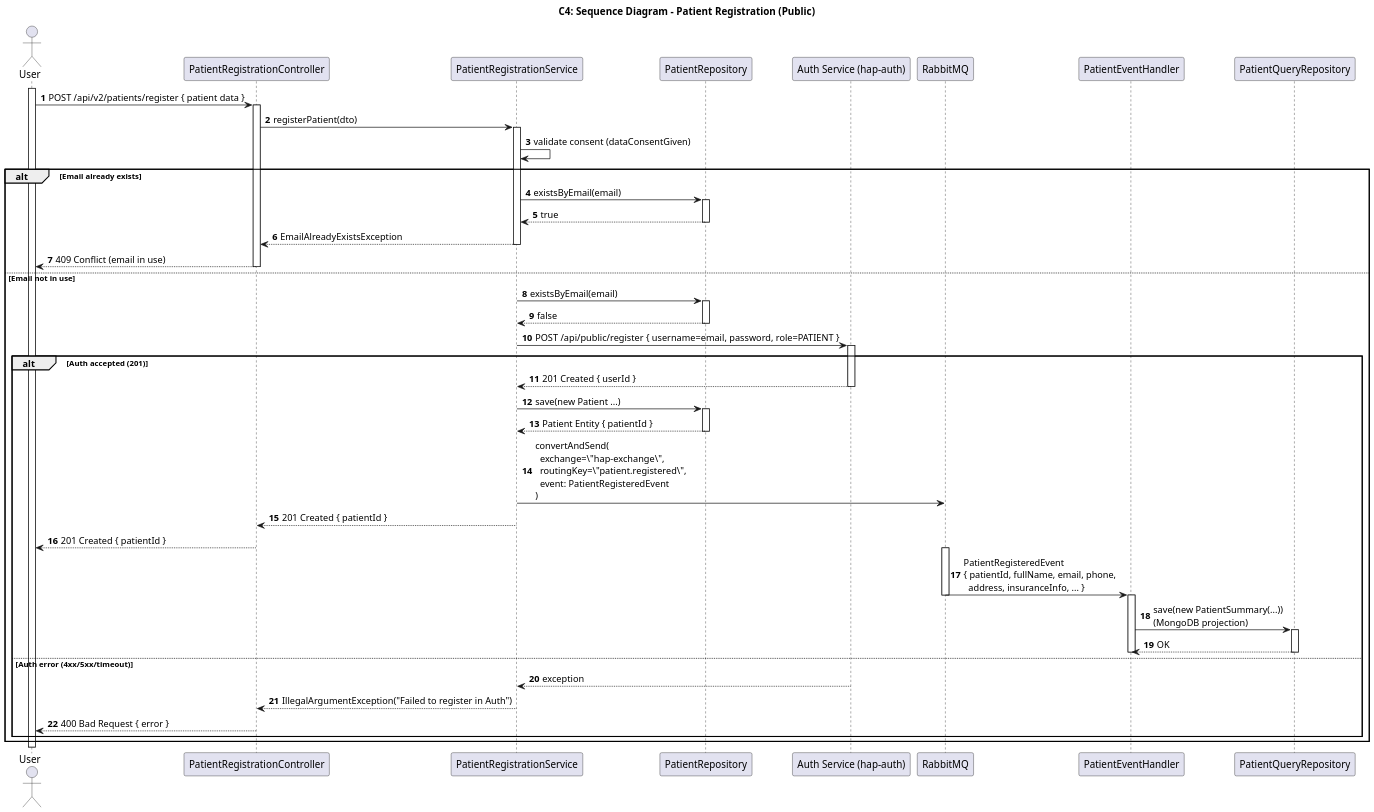
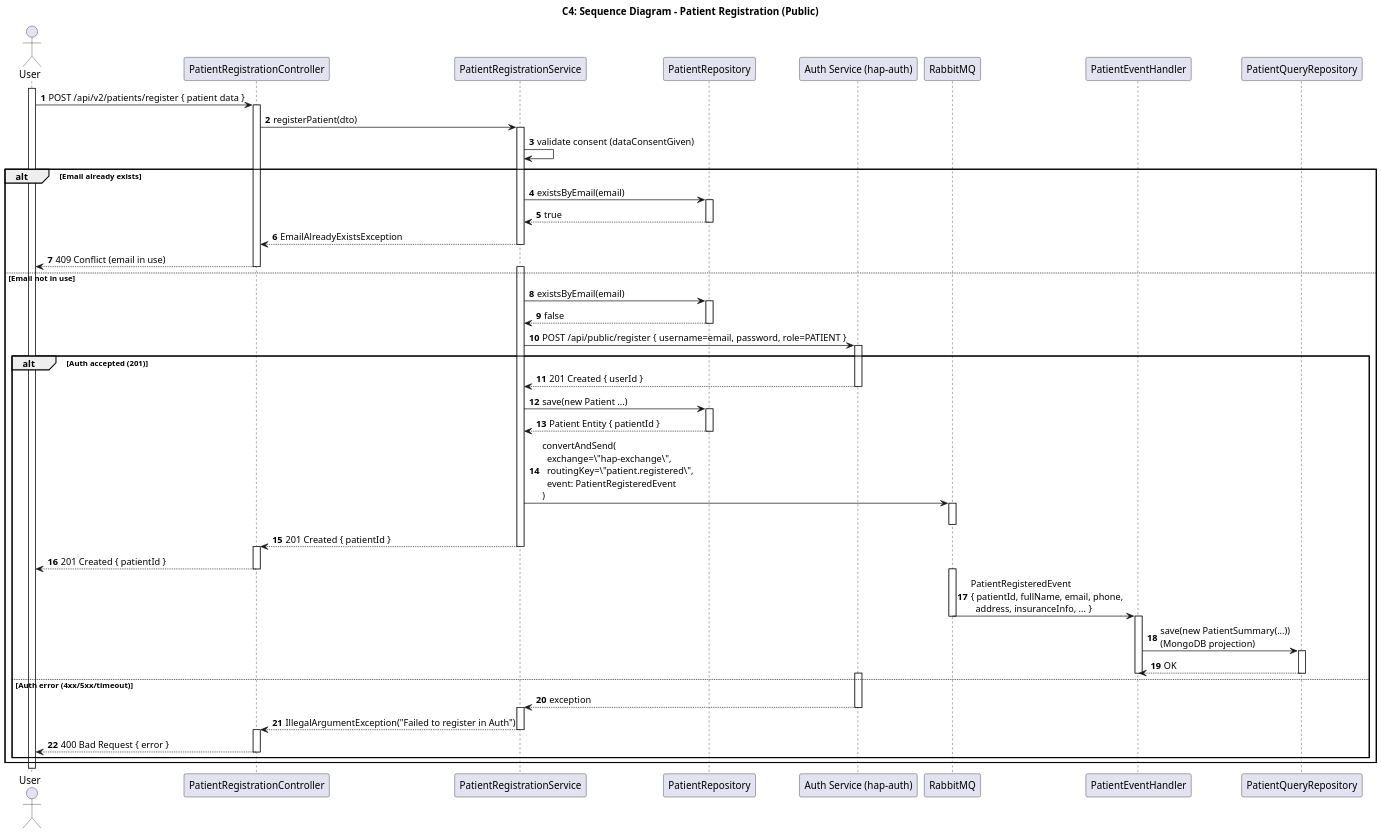
The diagram in DOCS2/C4+1/C4+1-PatientRegistration-Sequence.puml (pedrods05/LETI_SIDIS_3DA_6), drawn with PlantUML before and after one commit.

Commit message:
Enhance patient registration sequence diagram

```diff
--- a/DOCS2/C4+1/C4+1-PatientRegistration-Sequence.puml
+++ b/DOCS2/C4+1/C4+1-PatientRegistration-Sequence.puml
@@ -1,73 +1,81 @@
 @startuml
 skinparam dpi 150
 skinparam shadowing false
 skinparam DefaultFontName Arial
 
 title C4: Sequence Diagram - Patient Registration (Public)
 
 actor User
 participant "PatientRegistrationController" as Controller
 participant "PatientRegistrationService" as Service
 participant "PatientRepository" as Repo
 participant "Auth Service (hap-auth)" as AUTH
 participant "RabbitMQ" as MQ
 participant "PatientEventHandler" as EventHandler
 participant "PatientQueryRepository" as QueryRepo
 
 activate User
 autonumber
 User -> Controller : POST /api/v2/patients/register { patient data }
 activate Controller
 Controller -> Service : registerPatient(dto)
 activate Service
 Service -> Service : validate consent (dataConsentGiven)
 alt Email already exists
   Service -> Repo : existsByEmail(email)
   activate Repo
   Repo --> Service : true
   deactivate Repo
   Service --> Controller : EmailAlreadyExistsException
   deactivate Service
   Controller --> User : 409 Conflict (email in use)
   deactivate Controller
 else Email not in use
+  activate Service
   Service -> Repo : existsByEmail(email)
   activate Repo
   Repo --> Service : false
   deactivate Repo
   Service -> AUTH : POST /api/public/register { username=email, password, role=PATIENT }
   activate AUTH
   alt Auth accepted (201)
     AUTH --> Service : 201 Created { userId }
     deactivate AUTH
     Service -> Repo : save(new Patient ...)
     activate Repo
     Repo --> Service : Patient Entity { patientId }
     deactivate Repo
     Service -> MQ : convertAndSend(\n  exchange=\"hap-exchange\",\n  routingKey=\"patient.registered\",\n  event: PatientRegisteredEvent\n)
-    deactivate Service
+    activate MQ
+deactivate MQ
     Service --> Controller : 201 Created { patientId }
     deactivate Service
+activate Controller
     Controller --> User : 201 Created { patientId }
-    deactivate Controller
+deactivate Controller 
     activate MQ
     MQ -> EventHandler : PatientRegisteredEvent\n{ patientId, fullName, email, phone,\n  address, insuranceInfo, ... }
     deactivate MQ
     activate EventHandler
 
     EventHandler -> QueryRepo : save(new PatientSummary(...))\n(MongoDB projection)
     activate QueryRepo
     QueryRepo --> EventHandler : OK
     deactivate QueryRepo
     deactivate EventHandler
   else Auth error (4xx/5xx/timeout)
+activate AUTH
     AUTH --> Service : exception
+
     deactivate AUTH
+    activate Service
+
     Service --> Controller : IllegalArgumentException("Failed to register in Auth")
     deactivate Service
+activate Controller
     Controller --> User : 400 Bad Request { error }
     deactivate Controller
   end
 end
 
 @enduml
```
